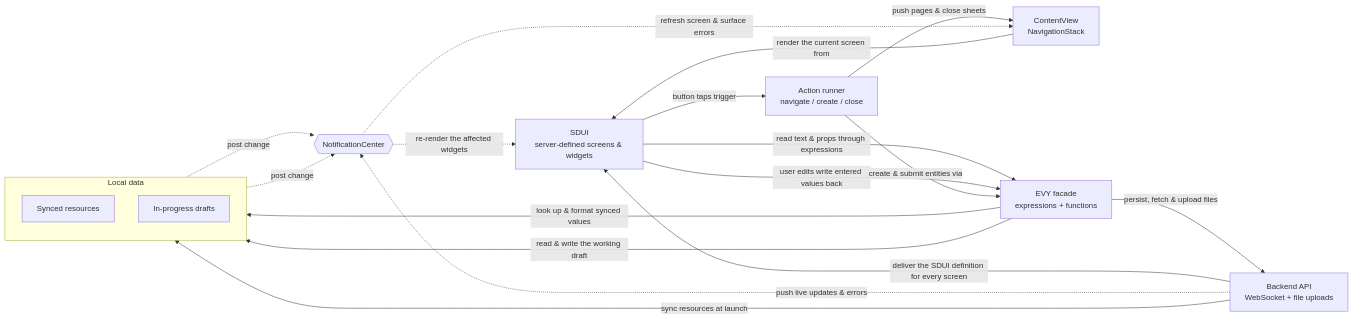
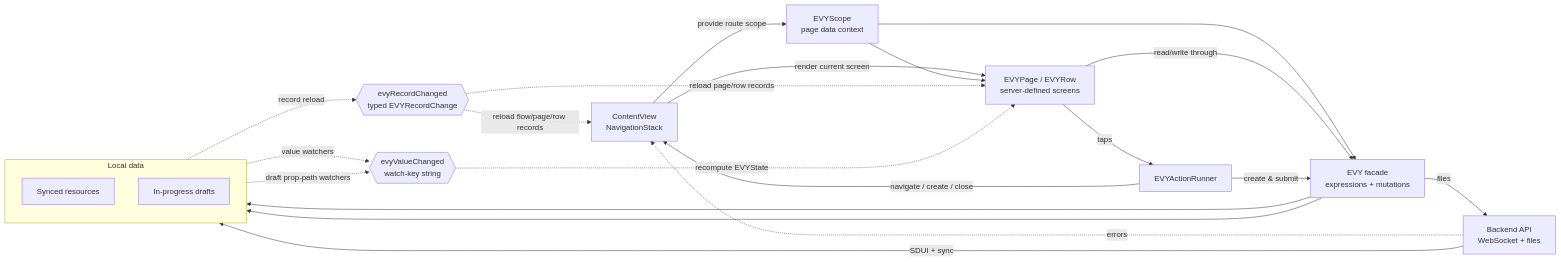
One commit to EVY-Platform/evy changed the diagram in ios/README.md. Above: the diagram before and after it, drawn with Mermaid. The commit also changed 52 other files, not shown here.

Commit message:
Full cleanup of iOS and new api sync system on api (#228)

````diff
--- a/ios/README.md
+++ b/ios/README.md
@@ -7,38 +7,41 @@
 ```mermaid
 flowchart LR
     App[ContentView<br/>NavigationStack]
-    SDUI[SDUI<br/>server-defined screens & widgets]
-    Actions[Action runner<br/>navigate / create / close]
-    EVY[EVY facade<br/>expressions + functions]
-    API[Backend API<br/>WebSocket + file uploads]
+    SDUI[EVYPage / EVYRow<br/>server-defined screens]
+    Actions[EVYActionRunner]
+    EVY[EVY facade<br/>expressions + mutations]
+    Scope[EVYScope<br/>page data context]
+    API[Backend API<br/>WebSocket + files]
 
     subgraph data [Local data]
         direction TB
         Synced[Synced resources]
         Drafts[In-progress drafts]
     end
 
-    Notif{{NotificationCenter}}
+    Record{{evyRecordChanged<br/>typed EVYRecordChange}}
+    Value{{evyValueChanged<br/>watch-key string}}
 
-    API -->|deliver the SDUI definition for every screen| SDUI
-    App -->|render the current screen from| SDUI
+    API -->|SDUI + sync| Synced
+    App -->|render current screen| SDUI
+    App -->|provide route scope| Scope
+    Scope --> SDUI
+    Scope --> EVY
 
-    SDUI -->|read text & props through expressions| EVY
-    SDUI -->|user edits write entered values back| EVY
-    SDUI -->|button taps trigger| Actions
+    SDUI -->|read/write through| EVY
+    SDUI -->|taps| Actions
+    Actions -->|navigate / create / close| App
+    Actions -->|create & submit| EVY
 
-    Actions -->|push pages & close sheets| App
-    Actions -->|create & submit entities via| EVY
+    EVY --> Synced
+    EVY --> Drafts
+    EVY -->|files| API
 
-    API -->|sync resources at launch| Synced
-    EVY -->|look up & format synced values| Synced
-    EVY -->|read & write the working draft| Drafts
-    EVY -->|persist, fetch & upload files| API
-
-    Synced -.->|post change| Notif
-    Drafts -.->|post change| Notif
-    API -.->|push live updates & errors| Notif
-
-    Notif -.->|re-render the affected widgets| SDUI
-    Notif -.->|refresh screen & surface errors| App
+    Synced -.->|record reload| Record
+    Synced -.->|value watchers| Value
+    Drafts -.->|draft prop-path watchers| Value
+    Record -.->|reload flow/page/row records| App
+    Record -.->|reload page/row records| SDUI
+    Value -.->|recompute EVYState| SDUI
+    API -.->|errors| App
 ```
````
